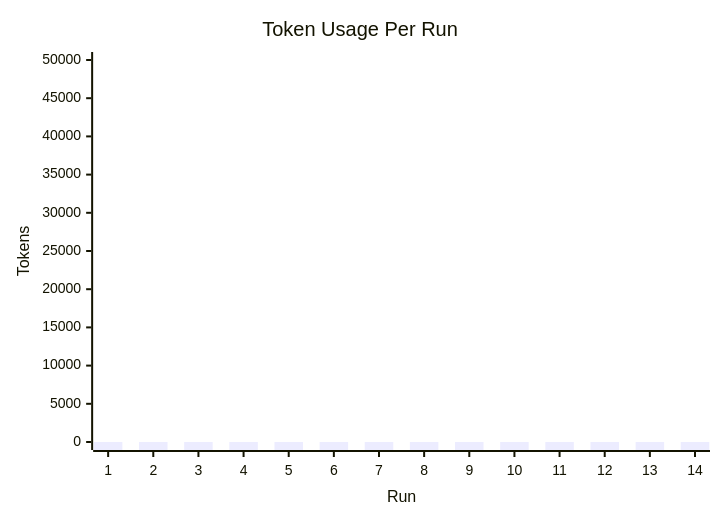
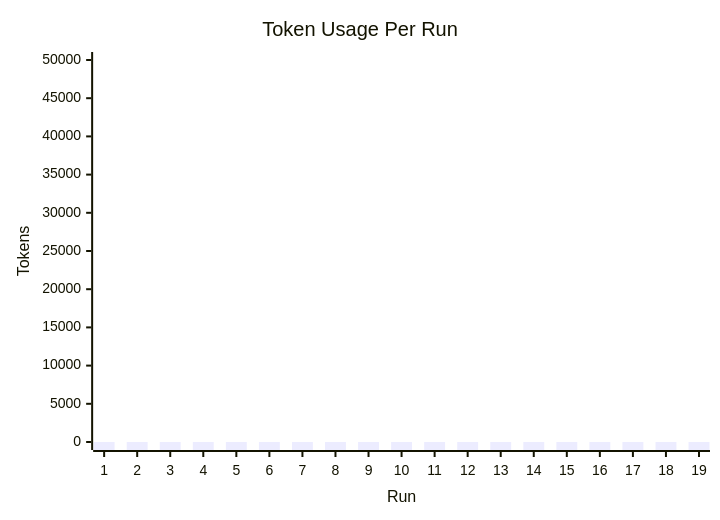
Before and after one commit to Jit-Paul-2008/Hexamind: the second of 2 diagrams in reports-versioned/aggregated/run-results-dashboard.md, drawn with Mermaid. The commit also changed other lines of this file and 64 other files, not shown here.

````diff
--- a/reports-versioned/aggregated/run-results-dashboard.md
+++ b/reports-versioned/aggregated/run-results-dashboard.md
@@ -23,7 +23,7 @@
 ```mermaid
 xychart-beta
     title "Token Usage Per Run"
-    x-axis "Run" [1, 2, 3, 4, 5, 6, 7, 8, 9, 10, 11, 12, 13, 14]
+    x-axis "Run" [1, 2, 3, 4, 5, 6, 7, 8, 9, 10, 11, 12, 13, 14, 15, 16, 17, 18, 19]
     y-axis "Tokens" 0 --> 50000
-    bar "TokensUsed" [0, 0, 0, 0, 0, 0, 0, 0, 0, 0, 0, 0, 0, 0]
+    bar "TokensUsed" [0, 0, 0, 0, 0, 0, 0, 0, 0, 0, 0, 0, 0, 0, 0, 0, 0, 0, 0]
 ```
````
